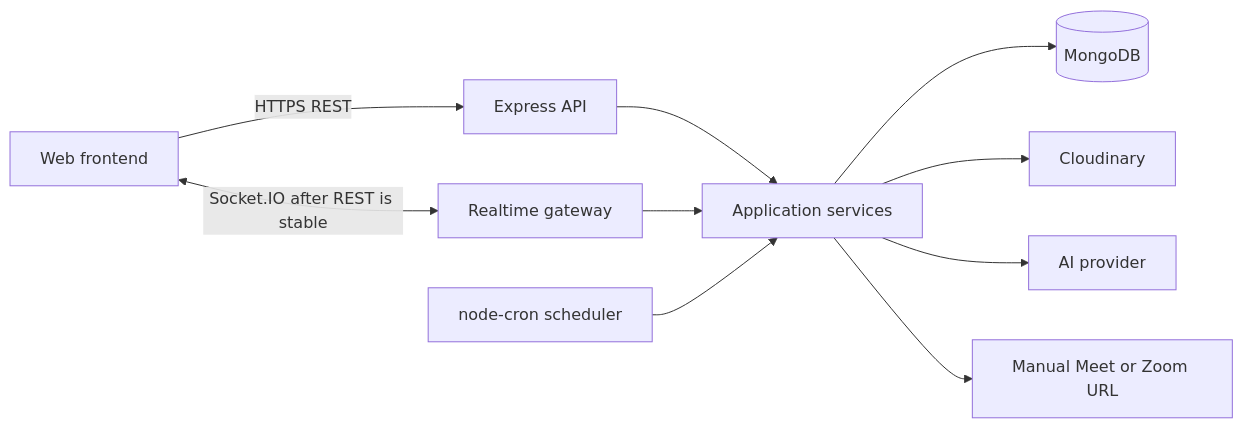
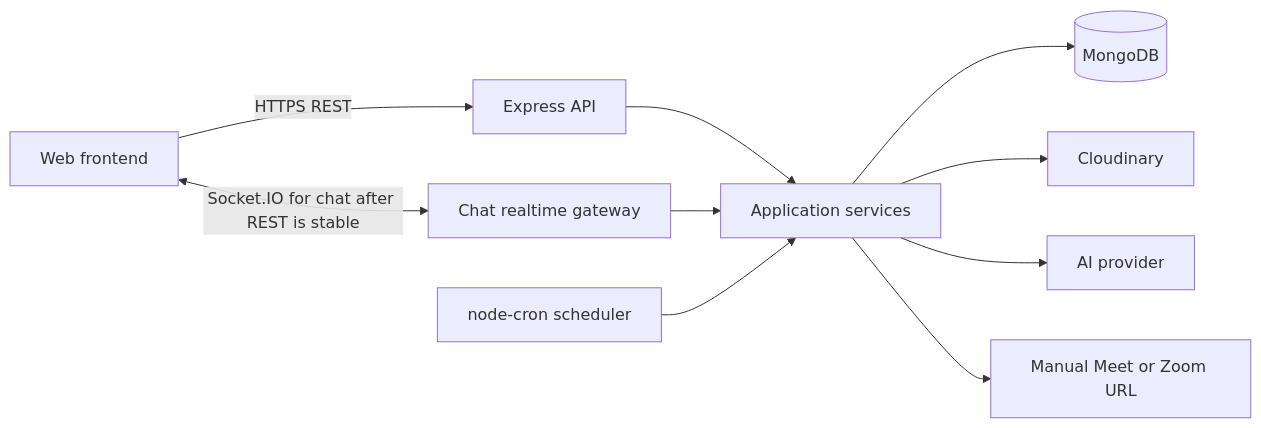
Before and after one commit to Ankitdabur/SkillSwap: the diagram in docs/architecture.md, drawn with Mermaid. The commit also changed other lines of this file and 18 other files, not shown here.

````diff
--- a/docs/architecture.md
+++ b/docs/architecture.md
@@ -49,12 +50,12 @@
 ```mermaid
 flowchart LR
     UI[Web frontend] -->|HTTPS REST| API[Express API]
-    UI <-->|Socket.IO after REST is stable| RT[Realtime gateway]
+    UI <-->|Socket.IO for chat after REST is stable| RT[Chat realtime gateway]
     API --> APP[Application services]
     RT --> APP
     JOBS[node-cron scheduler] --> APP
     APP --> DB[(MongoDB)]
     APP --> MEDIA[Cloudinary]
     APP --> AI[AI provider]
     APP --> MEET[Manual Meet or Zoom URL]
 ```
````
